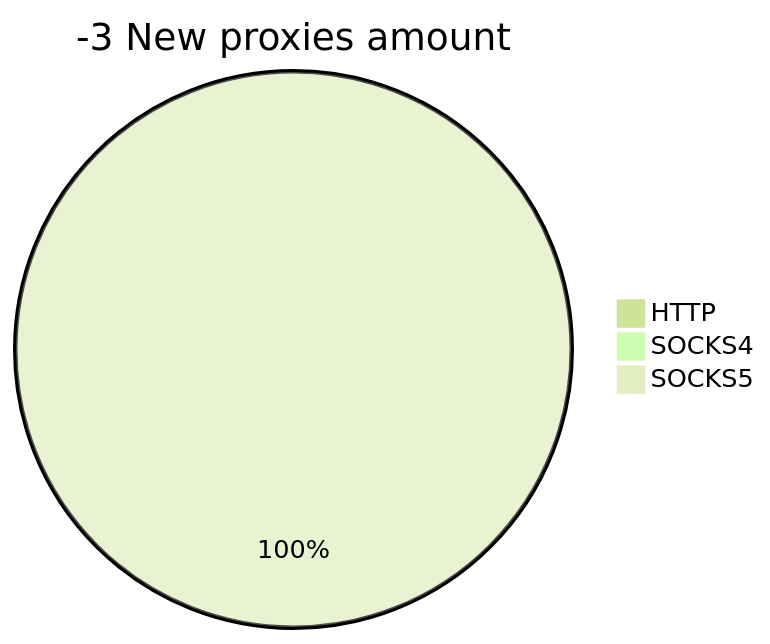
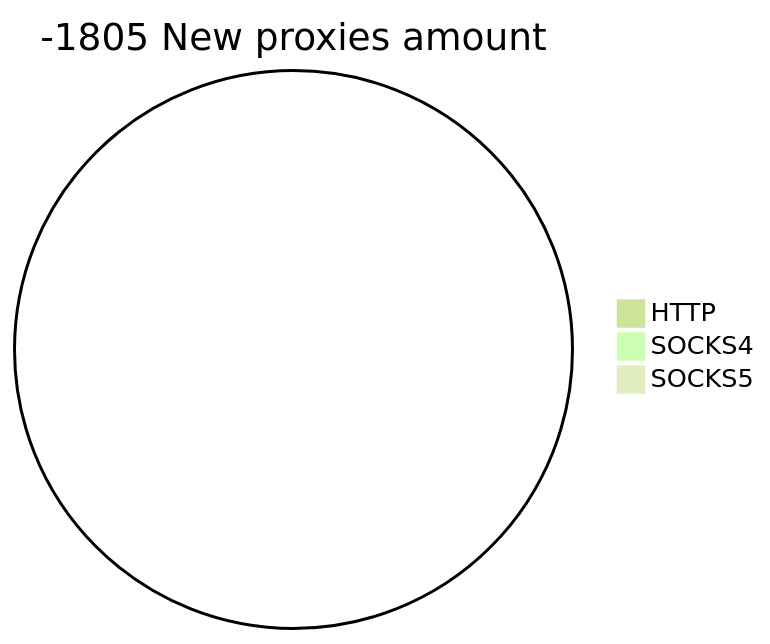
One commit to cutipu/proxylist changed the second of 2 diagrams in README.md. Above: the diagram before and after it, drawn with Mermaid (forest theme). The commit also changed other lines of this file, not shown here.

````diff
--- a/README.md
+++ b/README.md
@@ -10,6 +10,6 @@
 ```mermaid
-pie title -3 New proxies amount
+pie title -1805 New proxies amount
     "HTTP" : 0
     "SOCKS4" : 0
-    "SOCKS5" : 3
+    "SOCKS5" : 0
 ```
````
